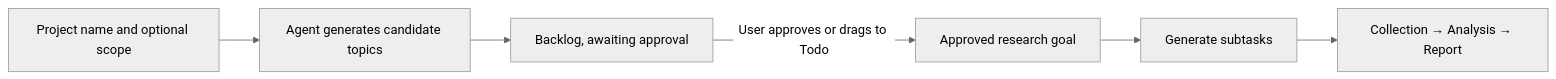
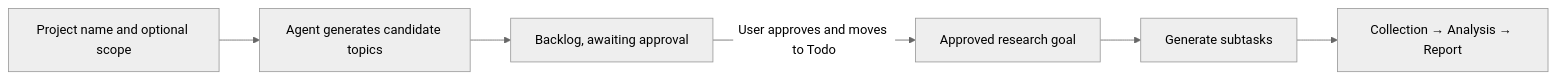
One commit to KrabsWong/what-the-hell-are-you-planning changed the diagram in USER_GUIDE.md. Above: the diagram before and after it, drawn with Mermaid (neutral theme). The commit also changed other lines of this file and 43 other files, not shown here.

````diff
--- a/USER_GUIDE.md
+++ b/USER_GUIDE.md
@@ -102,8 +102,8 @@
 ```mermaid
 flowchart LR
   P[Project name and optional scope] --> A[Agent generates candidate topics]
   A --> B[Backlog, awaiting approval]
-  B -->|User approves or drags to Todo| T[Approved research goal]
+  B -->|User approves and moves to Todo| T[Approved research goal]
   T --> G[Generate subtasks]
   G --> C[Collection → Analysis → Report]
 ```
````
